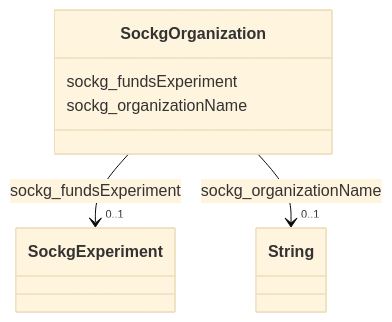
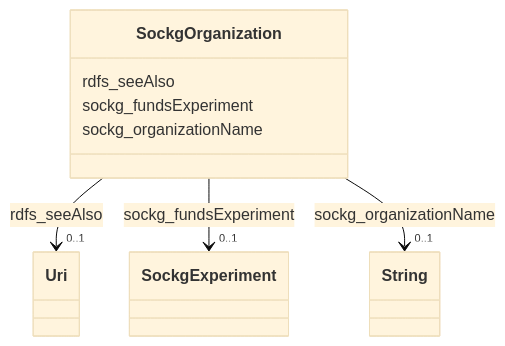
Before and after one commit to frink-okn/graph-descriptions: the diagram in soc-kg/classes/SockgOrganization.md, drawn with Mermaid (base theme). The commit also changed other lines of this file and 941 other files, not shown here.

````diff
--- a/soc-kg/classes/SockgOrganization.md
+++ b/soc-kg/classes/SockgOrganization.md
@@ -19,24 +23,33 @@
 ```mermaid
  classDiagram
     class SockgOrganization
     click SockgOrganization href "../SockgOrganization"
+      SockgOrganization : rdfs_seeAlso
+        
+          
+    
+    
+    SockgOrganization --> "0..1" Uri : rdfs_seeAlso
+    click Uri href "../Uri"
+
+        
       SockgOrganization : sockg_fundsExperiment
         
           
     
     
     SockgOrganization --> "0..1" SockgExperiment : sockg_fundsExperiment
     click SockgExperiment href "../SockgExperiment"
 
         
       SockgOrganization : sockg_organizationName
         
           
     
     
     SockgOrganization --> "0..1" String : sockg_organizationName
     click String href "../String"
 
         
       
 ```
````
